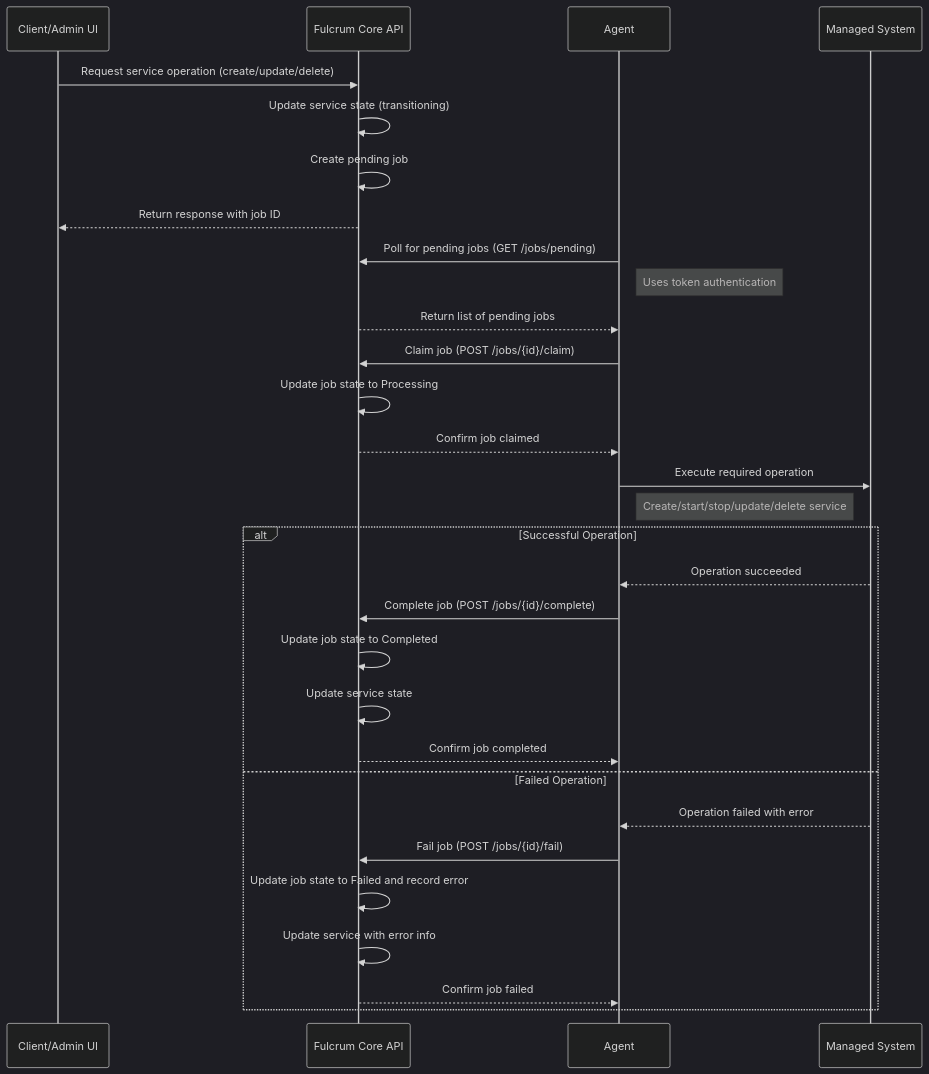
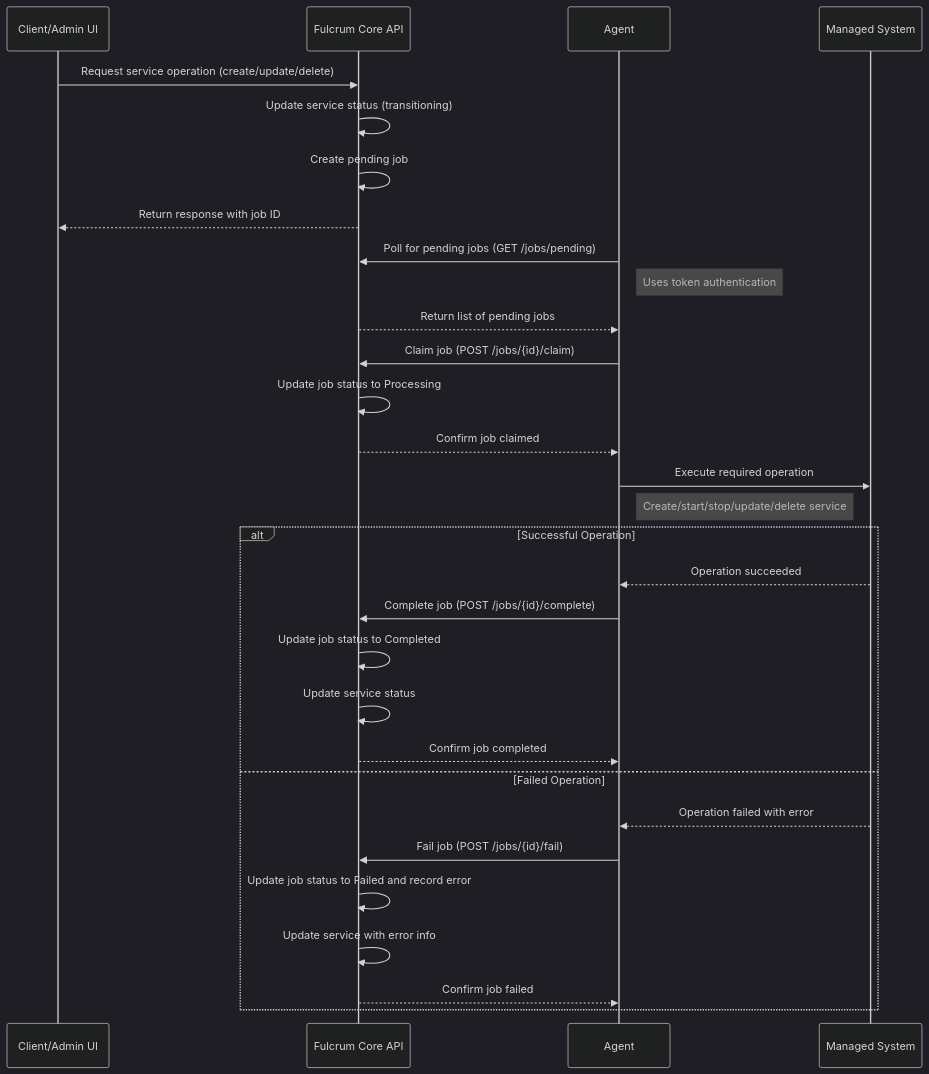
One commit to fulcrumproject/core changed the sixth of 6 diagrams in docs/DESIGN.md. Above: the diagram before and after it, drawn with Mermaid (dark theme). The commit also changed other lines of this file and 45 other files, not shown here.

````diff
--- a/docs/DESIGN.md
+++ b/docs/DESIGN.md
@@ -451,44 +451,44 @@
 ```mermaid
 sequenceDiagram
     participant Client as Client/Admin UI
     participant API as Fulcrum Core API 
     participant Agent as Agent
     participant MS as Managed System
 
     %% Job Creation
     Client->>API: Request service operation (create/update/delete)
-    API->>API: Update service state (transitioning)
+    API->>API: Update service status (transitioning)
     API->>API: Create pending job
     API-->>Client: Return response with job ID
 
     %% Job Discovery and Claiming
     Agent->>API: Poll for pending jobs (GET /jobs/pending)
     Note right of Agent: Uses token authentication
     API-->>Agent: Return list of pending jobs
     
     Agent->>API: Claim job (POST /jobs/{id}/claim)
-    API->>API: Update job state to Processing
+    API->>API: Update job status to Processing
     API-->>Agent: Confirm job claimed
 
     %% Job Execution
     Agent->>MS: Execute required operation
     Note right of Agent: Create/start/stop/update/delete service
 
     %% Successful Completion Path
     alt Successful Operation
         MS-->>Agent: Operation succeeded
         Agent->>API: Complete job (POST /jobs/{id}/complete)
-        API->>API: Update job state to Completed
-        API->>API: Update service state
+        API->>API: Update job status to Completed
+        API->>API: Update service status
         API-->>Agent: Confirm job completed
 
     %% Failed Operation Path
     else Failed Operation
         MS-->>Agent: Operation failed with error
         Agent->>API: Fail job (POST /jobs/{id}/fail)
-        API->>API: Update job state to Failed and record error
+        API->>API: Update job status to Failed and record error
         API->>API: Update service with error info
         API-->>Agent: Confirm job failed
     end
 
 ```
````
